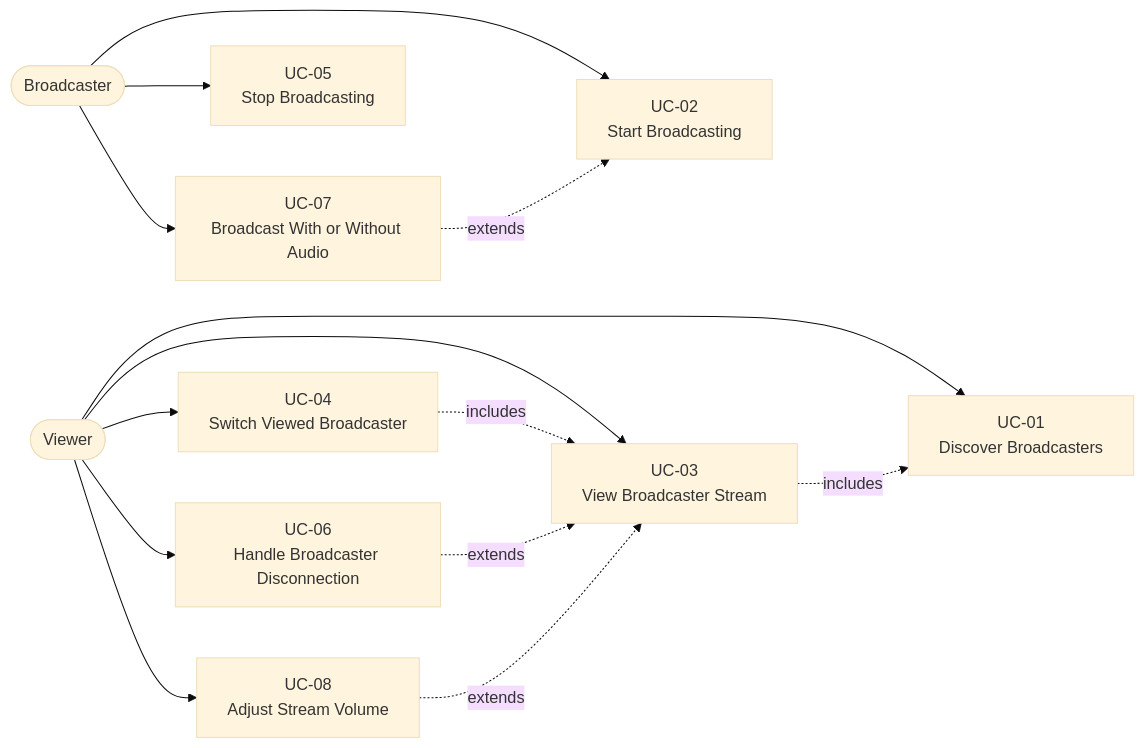
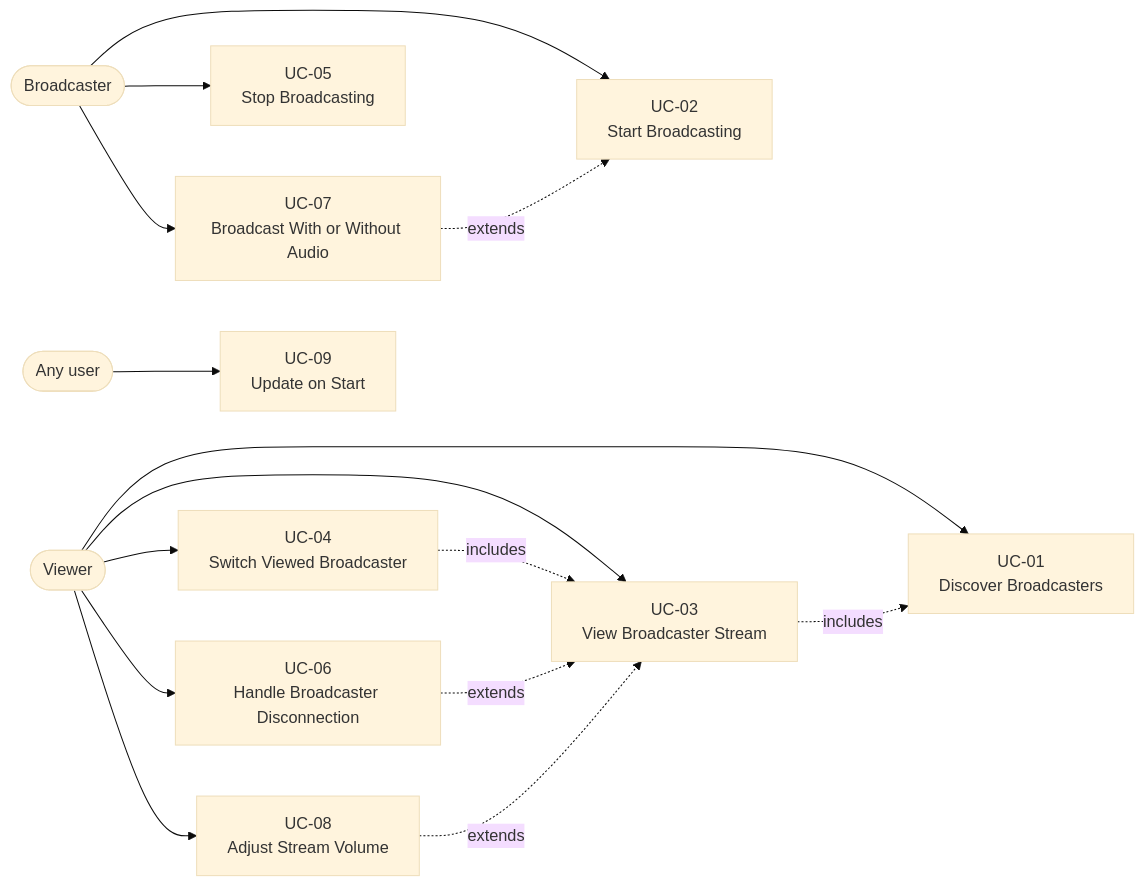
Before and after one commit to gventino/peeroxide: the first of 6 diagrams in docs/use-cases.md, drawn with Mermaid (base theme). The commit also changed other lines of this file and 3 other files, not shown here.

````diff
--- a/docs/use-cases.md
+++ b/docs/use-cases.md
@@ -13,29 +14,32 @@
 ```mermaid
 flowchart LR
     Broadcaster(["Broadcaster"])
     Viewer(["Viewer"])
 
     UC1["UC-01<br/>Discover Broadcasters"]
     UC2["UC-02<br/>Start Broadcasting"]
     UC3["UC-03<br/>View Broadcaster Stream"]
     UC4["UC-04<br/>Switch Viewed Broadcaster"]
     UC5["UC-05<br/>Stop Broadcasting"]
     UC6["UC-06<br/>Handle Broadcaster Disconnection"]
     UC7["UC-07<br/>Broadcast With or Without Audio"]
     UC8["UC-08<br/>Adjust Stream Volume"]
+    UC9["UC-09<br/>Update on Start"]
+    User(["Any user"])
 
     Broadcaster --> UC2
     Broadcaster --> UC5
     Broadcaster --> UC7
     Viewer --> UC1
     Viewer --> UC3
     Viewer --> UC4
     Viewer --> UC6
     Viewer --> UC8
+    User --> UC9
 
     UC3 -.includes.-> UC1
     UC4 -.includes.-> UC3
     UC6 -.extends.-> UC3
     UC7 -.extends.-> UC2
     UC8 -.extends.-> UC3
 ```
````
